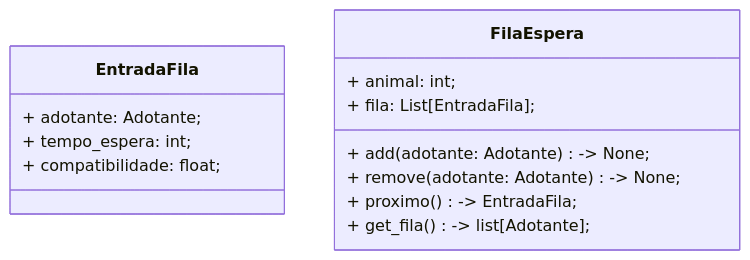
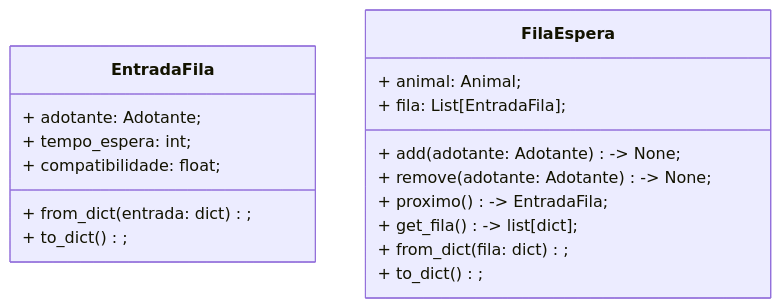
The third of 8 diagrams in docs/uml.md (Alisson014/projeto-1-poo-sistema-adocao-animais), drawn with Mermaid before and after one commit. The commit also changed other lines of this file, not shown here.

Commit message:
docs: update uml.md to reflect step 3 alterations

````diff
--- a/docs/uml.md
+++ b/docs/uml.md
@@ -131,18 +146,22 @@
 ```mermaid
 classDiagram
     %% Classes
     class EntradaFila {
         + adotante: Adotante;
         + tempo_espera: int;
         + compatibilidade: float;
+        + from_dict(entrada: dict);
+        + to_dict();
     }
 
     class FilaEspera {
-        + animal: int;
+        + animal: Animal;
         + fila: List[EntradaFila];
         + add(adotante: Adotante) -> None;
         + remove(adotante: Adotante) -> None;
         + proximo() -> EntradaFila;
-        + get_fila() -> list[Adotante];
+        + get_fila() -> list[dict];
+        + from_dict(fila: dict);
+        + to_dict();
     }
 ```    
````
